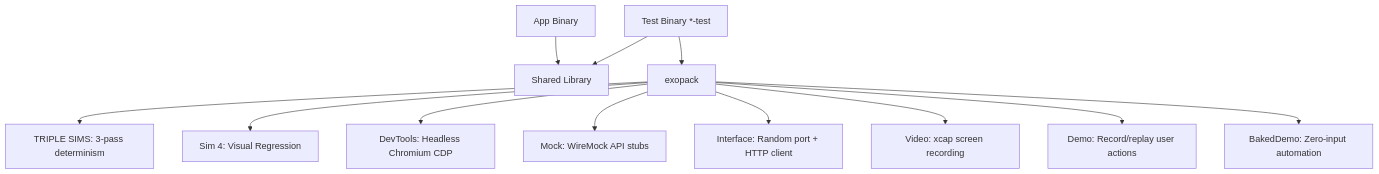
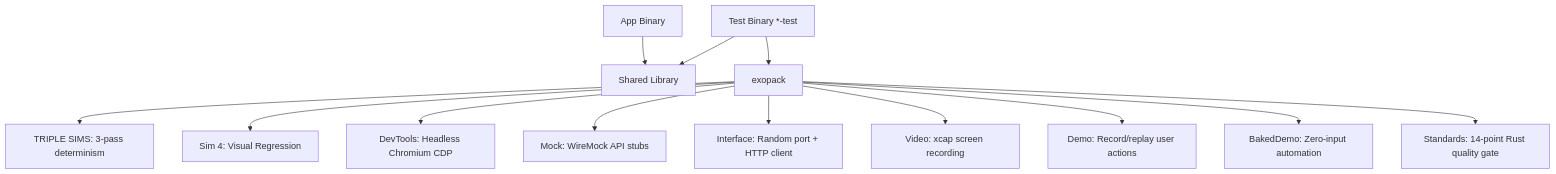
Before and after one commit to cochranblock/exopack: the diagram in PROOF_OF_ARTIFACTS.md, drawn with Mermaid. The commit also changed 2 other files, not shown here.

Commit message:
docs: standards checker + P23 triple lens reference
README: standards_check feature docs, 14-check table, run command,
mermaid diagram updated. CLAUDE.md: standards gate command + P23 ref.
POA: architecture diagram updated with standards module.

````diff
--- a/PROOF_OF_ARTIFACTS.md
+++ b/PROOF_OF_ARTIFACTS.md
@@ -11,14 +11,15 @@
 ```mermaid
 flowchart TD
     App[App Binary] --> Core[Shared Library]
     Test[Test Binary *-test] --> Core
     Test --> Exopack[exopack]
     Exopack --> TripleSIMS[TRIPLE SIMS: 3-pass determinism]
     Exopack --> Screenshot[Sim 4: Visual Regression]
     Exopack --> DevTools[DevTools: Headless Chromium CDP]
     Exopack --> Mock[Mock: WireMock API stubs]
     Exopack --> Interface[Interface: Random port + HTTP client]
     Exopack --> Video[Video: xcap screen recording]
     Exopack --> Demo[Demo: Record/replay user actions]
     Exopack --> BakedDemo[BakedDemo: Zero-input automation]
+    Exopack --> Standards[Standards: 14-point Rust quality gate]
 ```
````
